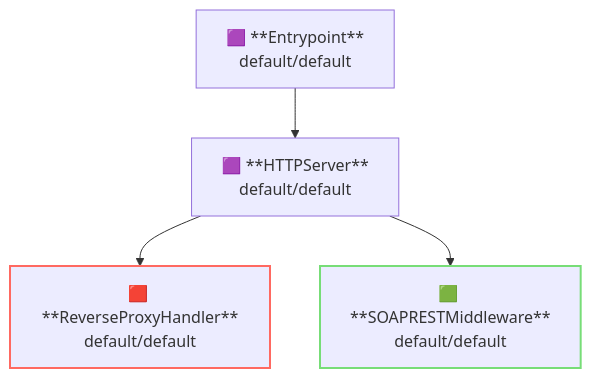
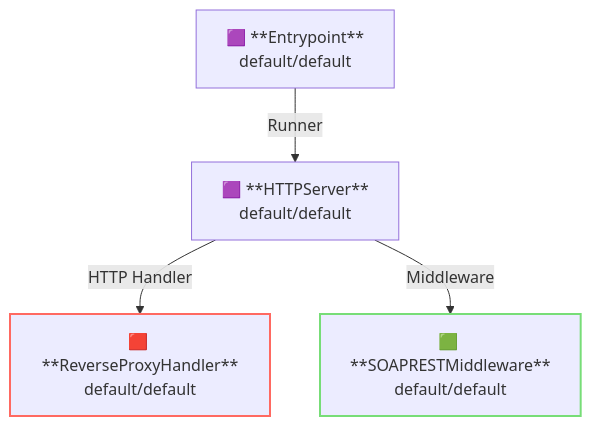
The second of 2 diagrams in examples/soap-rest/README.md (aileron-gateway/aileron-gateway), drawn with Mermaid before and after one commit. The commit also changed other lines of this file and 244 other files, not shown here.

````diff
--- a/examples/soap-rest/README.md
+++ b/examples/soap-rest/README.md
@@ -110,15 +72,15 @@
 ```mermaid
 graph TD
   Entrypoint["🟪 **Entrypoint**</br>default/default"]
   HTTPServer["🟪 **HTTPServer**</br>default/default"]
   SOAPRESTMiddleware["🟩 **SOAPRESTMiddleware**</br>default/default"]
   ReverseProxyHandler["🟥 **ReverseProxyHandler**</br>default/default"]
 
-Entrypoint --> HTTPServer
-HTTPServer --> ReverseProxyHandler
-HTTPServer --> SOAPRESTMiddleware
+Entrypoint --"Runner"--> HTTPServer
+HTTPServer --"HTTP Handler"--> ReverseProxyHandler
+HTTPServer --"Middleware"--> SOAPRESTMiddleware
 ReverseProxyHandler
 
 style SOAPRESTMiddleware stroke:#77dd77,stroke-width:2px
 style ReverseProxyHandler stroke:#ff6961,stroke-width:2px
 ```
````
